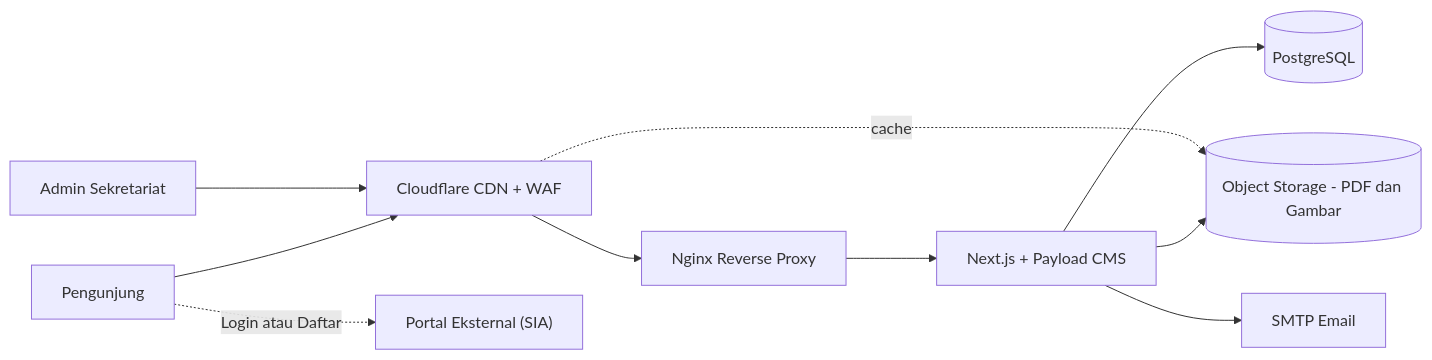
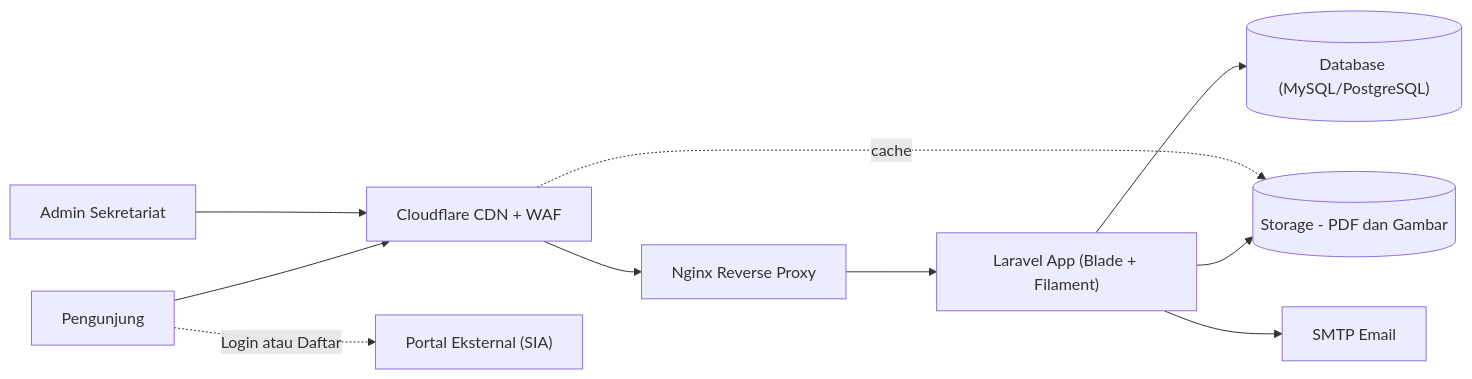
One commit to Irgimf/inkindo-dki-web changed the first of 2 diagrams in prd.md. Above: the diagram before and after it, drawn with Mermaid. The commit also changed other lines of this file and 111 other files, not shown here.

Commit message:
refactor: switch project tech stack from Next.js to Laravel and add static assets and pages

````diff
--- a/prd.md
+++ b/prd.md
@@ -91,12 +91,12 @@
 ```mermaid
 flowchart LR
     U["Pengunjung"] --> CF["Cloudflare CDN + WAF"]
     A["Admin Sekretariat"] --> CF
     CF --> NG["Nginx Reverse Proxy"]
-    NG --> APP["Next.js + Payload CMS"]
-    APP --> DB[("PostgreSQL")]
-    APP --> S3[("Object Storage - PDF dan Gambar")]
+    NG --> APP["Laravel App (Blade + Filament)"]
+    APP --> DB[("Database (MySQL/PostgreSQL)")]
+    APP --> S3[("Storage - PDF dan Gambar")]
     APP --> MAIL["SMTP Email"]
     CF -.cache.-> S3
     U -.Login atau Daftar.-> EXT["Portal Eksternal (SIA)"]
 ```
````
